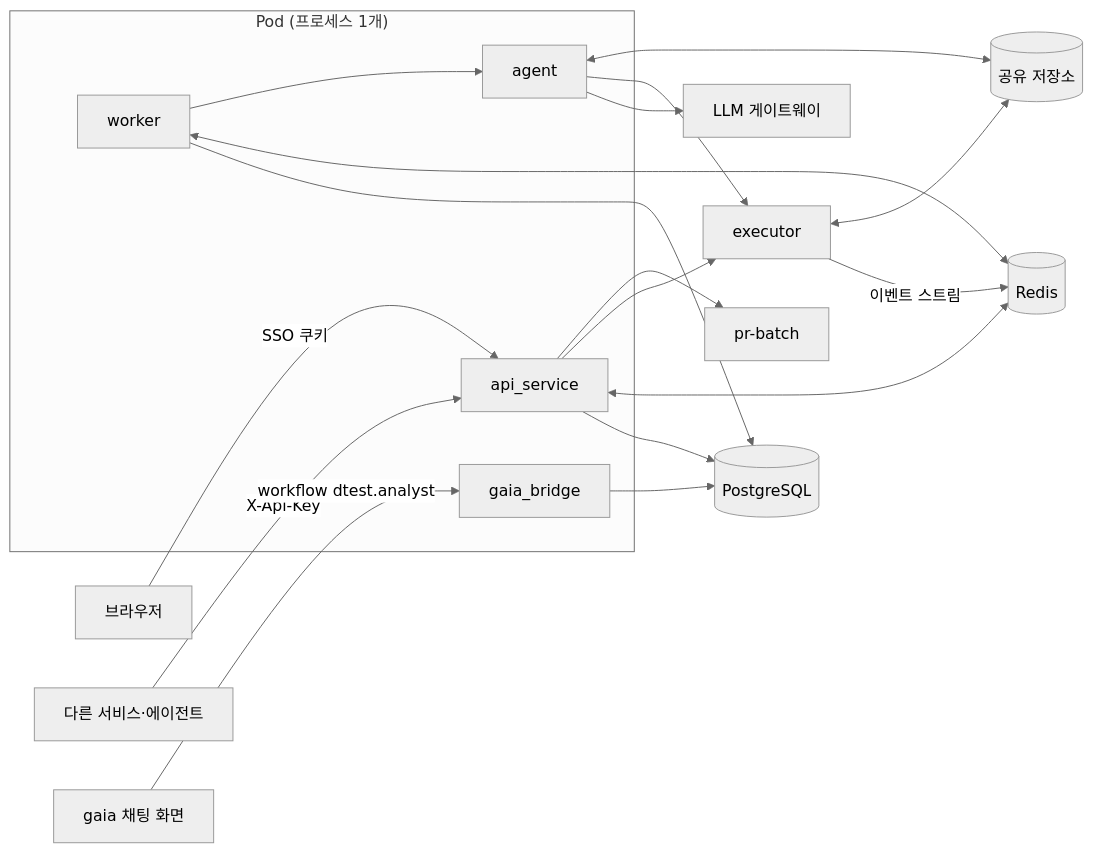
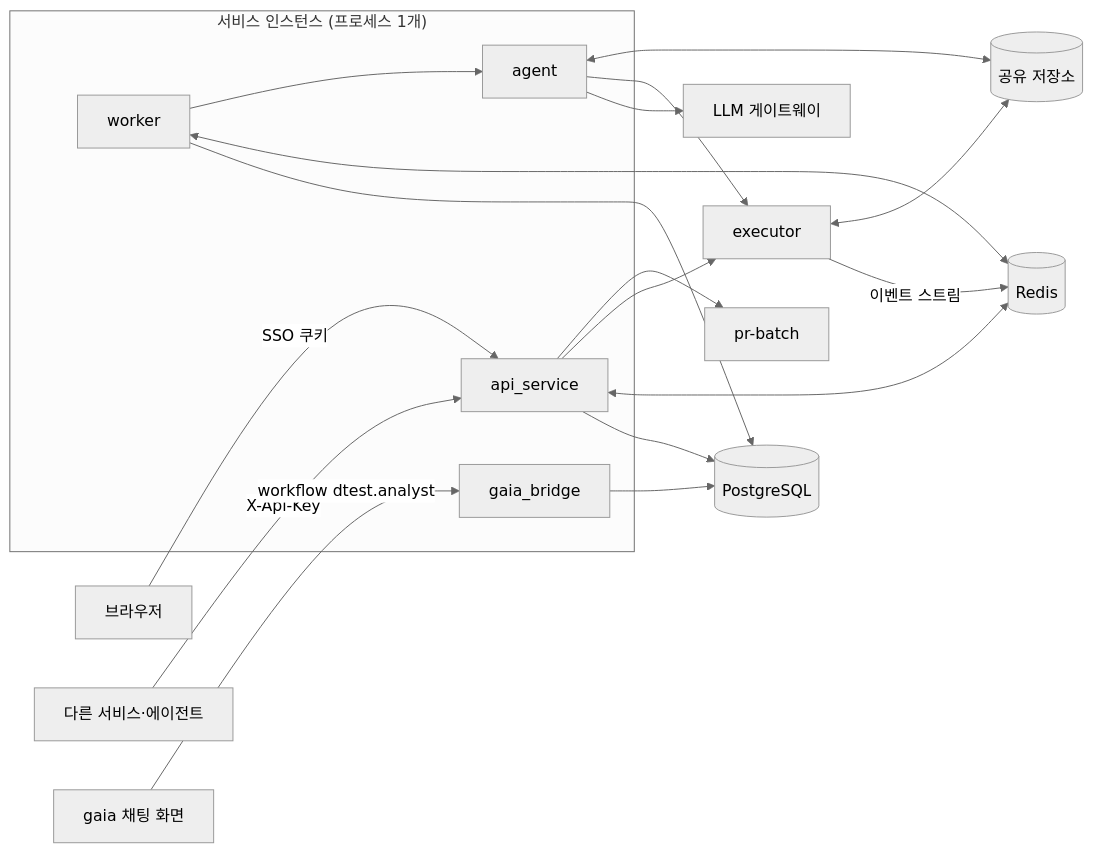
One commit to KimHwaJin/pr-agentic-service changed the diagram in docs/handover/01-source-guide.md. Above: the diagram before and after it, drawn with Mermaid (neutral theme). The commit also changed other lines of this file and 4 other files, not shown here.

````diff
--- a/docs/handover/01-source-guide.md
+++ b/docs/handover/01-source-guide.md
@@ -9,25 +9,25 @@
 ```mermaid
 flowchart LR
   B[브라우저] -->|SSO 쿠키| API
   X[다른 서비스·에이전트] -->|X-Api-Key| API
   GA[gaia 채팅 화면] -->|workflow dtest.analyst| BR[gaia_bridge]
-  subgraph POD["Pod (프로세스 1개)"]
+  subgraph POD["서비스 인스턴스 (프로세스 1개)"]
     API[api_service]
     BR
     W[worker]
     AG[agent]
   end
   API --> PG[(PostgreSQL)]
   BR --> PG
   W --> PG
   API <--> RD[(Redis)]
   W <--> RD
   W --> AG
   AG --> LLM[LLM 게이트웨이]
   AG --> EX[executor]
   API --> EX
   API --> PB[pr-batch]
   EX -->|이벤트 스트림| RD
   AG <--> PV[(공유 저장소)]
   EX <--> PV
 ```
````
